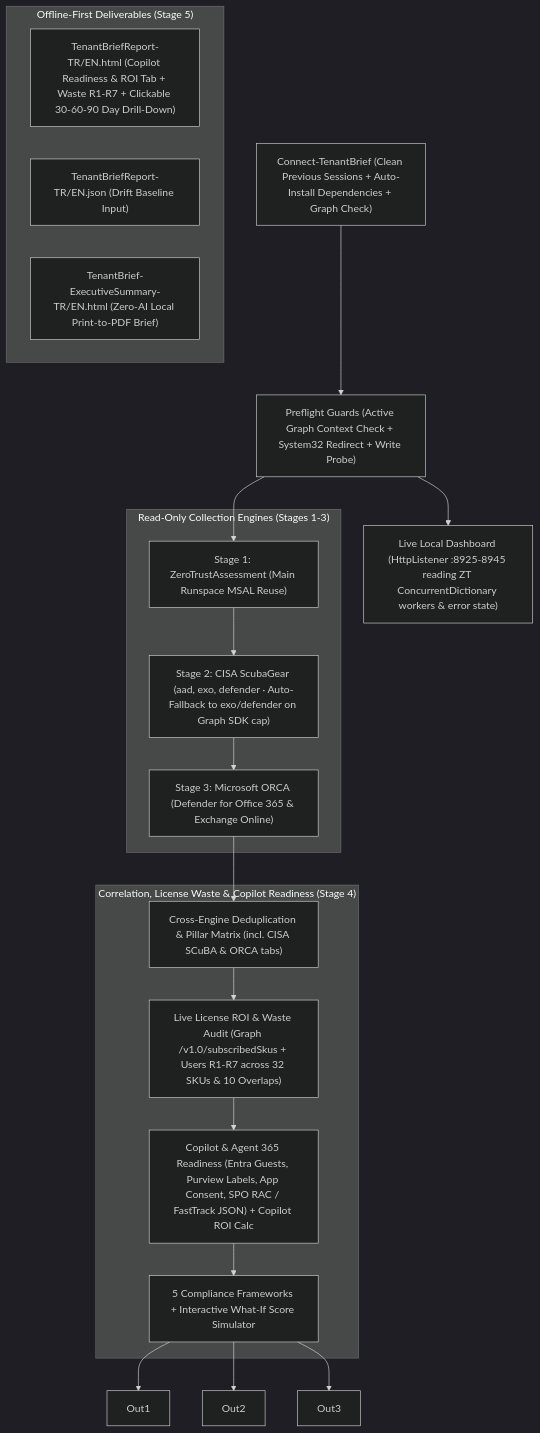
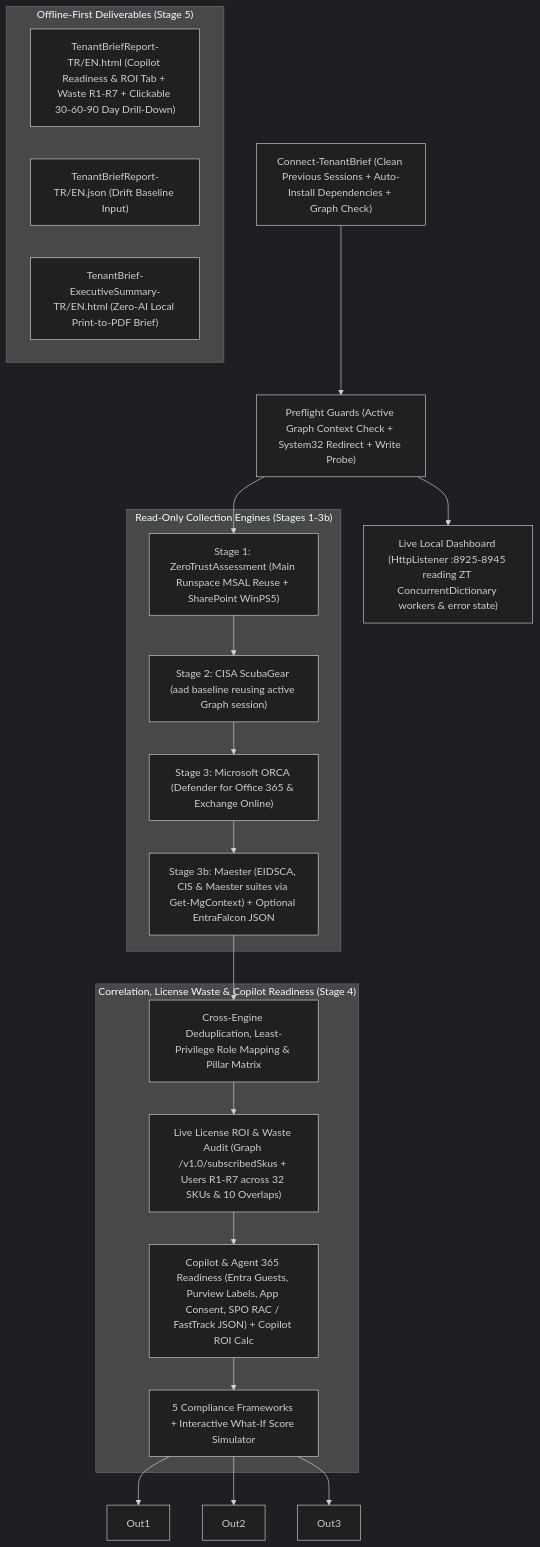
The diagram in README.md (canercetinkaya/TenantBrief), drawn with Mermaid (dark theme) before and after one commit. The commit also changed other lines of this file and 11 other files, not shown here.

Commit message:
feat(engines): integrate Maester EIDSCA/CIS, EntraFalcon JSON, and least-privilege Role/Portal mapping

````diff
--- a/README.md
+++ b/README.md
@@ -17,31 +17,32 @@
 ```mermaid
 flowchart TB
     Start["Connect-TenantBrief (Clean Previous Sessions + Auto-Install Dependencies + Graph Check)"]
     Pre["Preflight Guards (Active Graph Context Check + System32 Redirect + Write Probe)"]
     UI["Live Local Dashboard (HttpListener :8925-8945 reading ZT ConcurrentDictionary workers & error state)"]
 
-    subgraph Engines["Read-Only Collection Engines (Stages 1-3)"]
-        S1["Stage 1: ZeroTrustAssessment (Main Runspace MSAL Reuse)"]
-        S2["Stage 2: CISA ScubaGear (aad, exo, defender · Auto-Fallback to exo/defender on Graph SDK cap)"]
+    subgraph Engines["Read-Only Collection Engines (Stages 1-3b)"]
+        S1["Stage 1: ZeroTrustAssessment (Main Runspace MSAL Reuse + SharePoint WinPS5)"]
+        S2["Stage 2: CISA ScubaGear (aad baseline reusing active Graph session)"]
         S3["Stage 3: Microsoft ORCA (Defender for Office 365 & Exchange Online)"]
+        S3B["Stage 3b: Maester (EIDSCA, CIS & Maester suites via Get-MgContext) + Optional EntraFalcon JSON"]
     end
 
     subgraph Stage4["Correlation, License Waste & Copilot Readiness (Stage 4)"]
-        Corr["Cross-Engine Deduplication & Pillar Matrix (incl. CISA SCuBA & ORCA tabs)"]
+        Corr["Cross-Engine Deduplication, Least-Privilege Role Mapping & Pillar Matrix"]
         ROI["Live License ROI & Waste Audit (Graph /v1.0/subscribedSkus + Users R1-R7 across 32 SKUs & 10 Overlaps)"]
         Cop["Copilot & Agent 365 Readiness (Entra Guests, Purview Labels, App Consent, SPO RAC / FastTrack JSON) + Copilot ROI Calc"]
         FW["5 Compliance Frameworks + Interactive What-If Score Simulator"]
     end
 
     subgraph Outputs["Offline-First Deliverables (Stage 5)"]
         HTML["TenantBriefReport-TR/EN.html (Copilot Readiness & ROI Tab + Waste R1-R7 + Clickable 30-60-90 Day Drill-Down)"]
         JSON["TenantBriefReport-TR/EN.json (Drift Baseline Input)"]
         PDF["TenantBrief-ExecutiveSummary-TR/EN.html (Zero-AI Local Print-to-PDF Brief)"]
     end
 
     Start --> Pre --> UI
-    Pre --> S1 --> S2 --> S3
-    S3 --> Corr --> ROI --> Cop --> FW --> Out1
+    Pre --> S1 --> S2 --> S3 --> S3B
+    S3B --> Corr --> ROI --> Cop --> FW --> Out1
     FW --> Out2
     FW --> Out3
 ```
````
